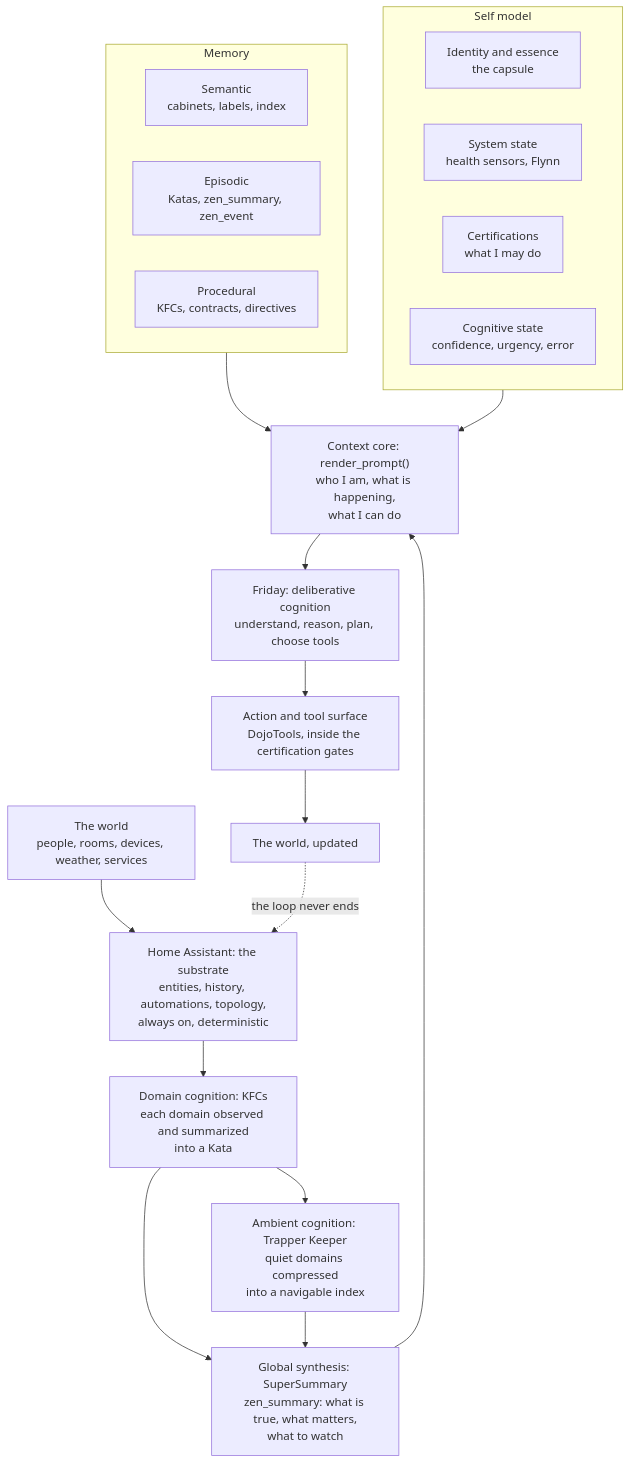
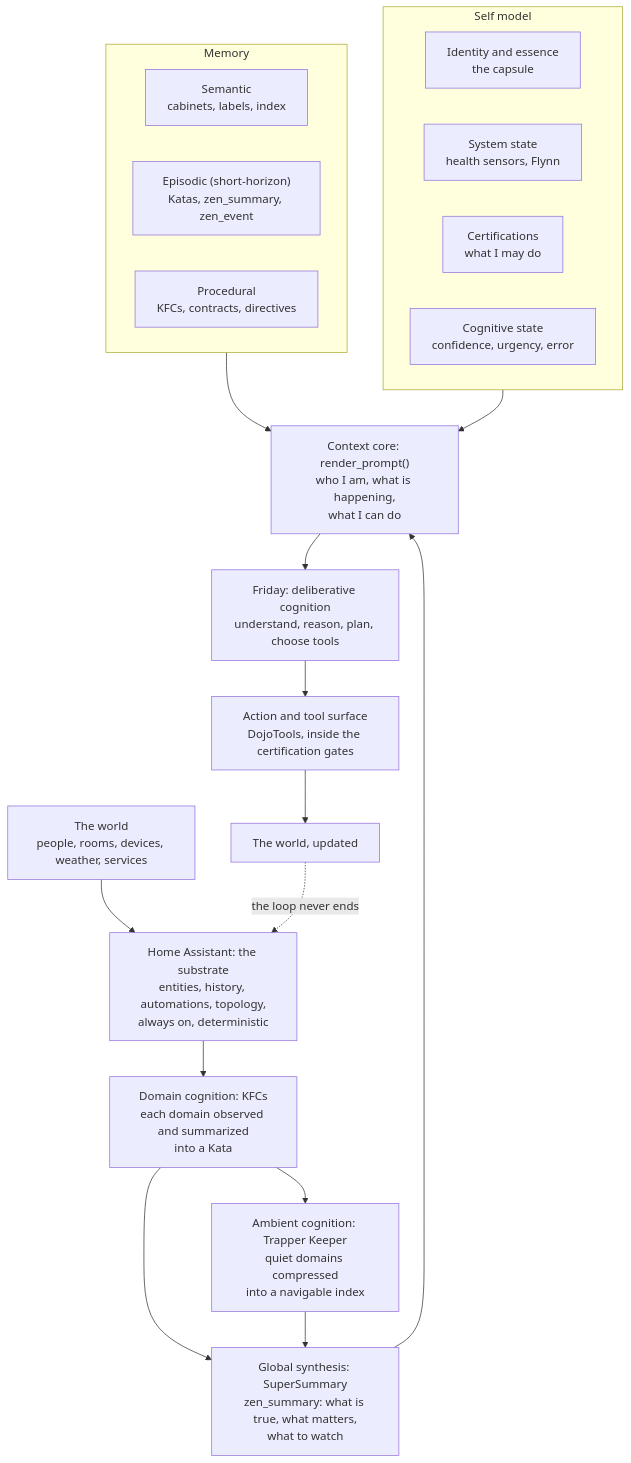
One commit to nathan-curtis/zenos-ai changed the second of 2 diagrams in zenos_ai/docs/architecture/04_coala_without_knowing_it.md. Above: the diagram before and after it, drawn with Mermaid. The commit also changed other lines of this file and 3 other files, not shown here.

First line of the commit message:
docs(architecture): operational identity, short-horizon episodic memory, the twin stated precisely

````diff
--- a/zenos_ai/docs/architecture/04_coala_without_knowing_it.md
+++ b/zenos_ai/docs/architecture/04_coala_without_knowing_it.md
@@ -74,26 +74,26 @@
 ```mermaid
 flowchart TD
   W["The world<br/>people, rooms, devices, weather, services"] --> HA["Home Assistant: the substrate<br/>entities, history, automations, topology,<br/>always on, deterministic"]
   HA --> KFC["Domain cognition: KFCs<br/>each domain observed and summarized<br/>into a Kata"]
   KFC --> TK["Ambient cognition: Trapper Keeper<br/>quiet domains compressed<br/>into a navigable index"]
   KFC --> SS["Global synthesis: SuperSummary<br/>zen_summary: what is true, what matters,<br/>what to watch"]
   TK --> SS
   subgraph MEM["Memory"]
     SEM["Semantic<br/>cabinets, labels, index"]
-    EPI["Episodic<br/>Katas, zen_summary, zen_event"]
+    EPI["Episodic (short-horizon)<br/>Katas, zen_summary, zen_event"]
     PRO["Procedural<br/>KFCs, contracts, directives"]
   end
   subgraph SELF["Self model"]
     ID["Identity and essence<br/>the capsule"]
     SYS["System state<br/>health sensors, Flynn"]
     CRT["Certifications<br/>what I may do"]
     COG["Cognitive state<br/>confidence, urgency, error"]
   end
   SS --> CC["Context core: render_prompt()<br/>who I am, what is happening,<br/>what I can do"]
   MEM --> CC
   SELF --> CC
   CC --> FR["Friday: deliberative cognition<br/>understand, reason, plan, choose tools"]
   FR --> ACT["Action and tool surface<br/>DojoTools, inside the certification gates"]
   ACT --> W2["The world, updated"]
   W2 -. "the loop never ends" .-> HA
 ```
````
